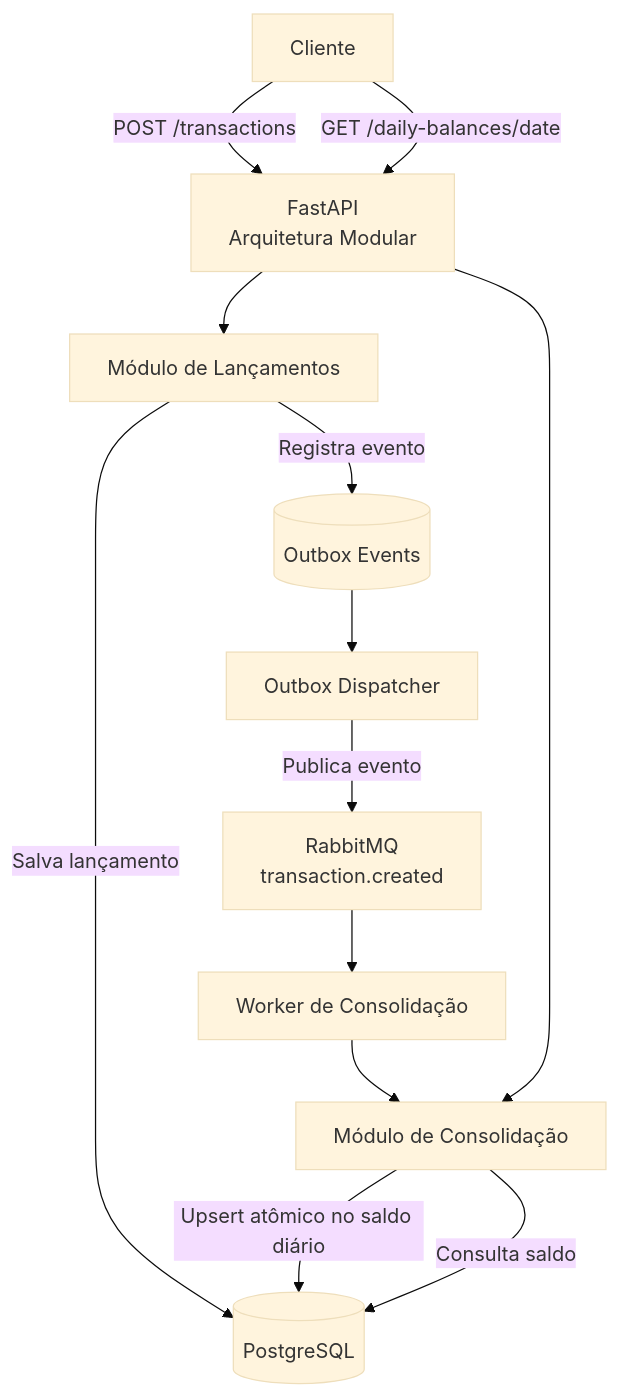
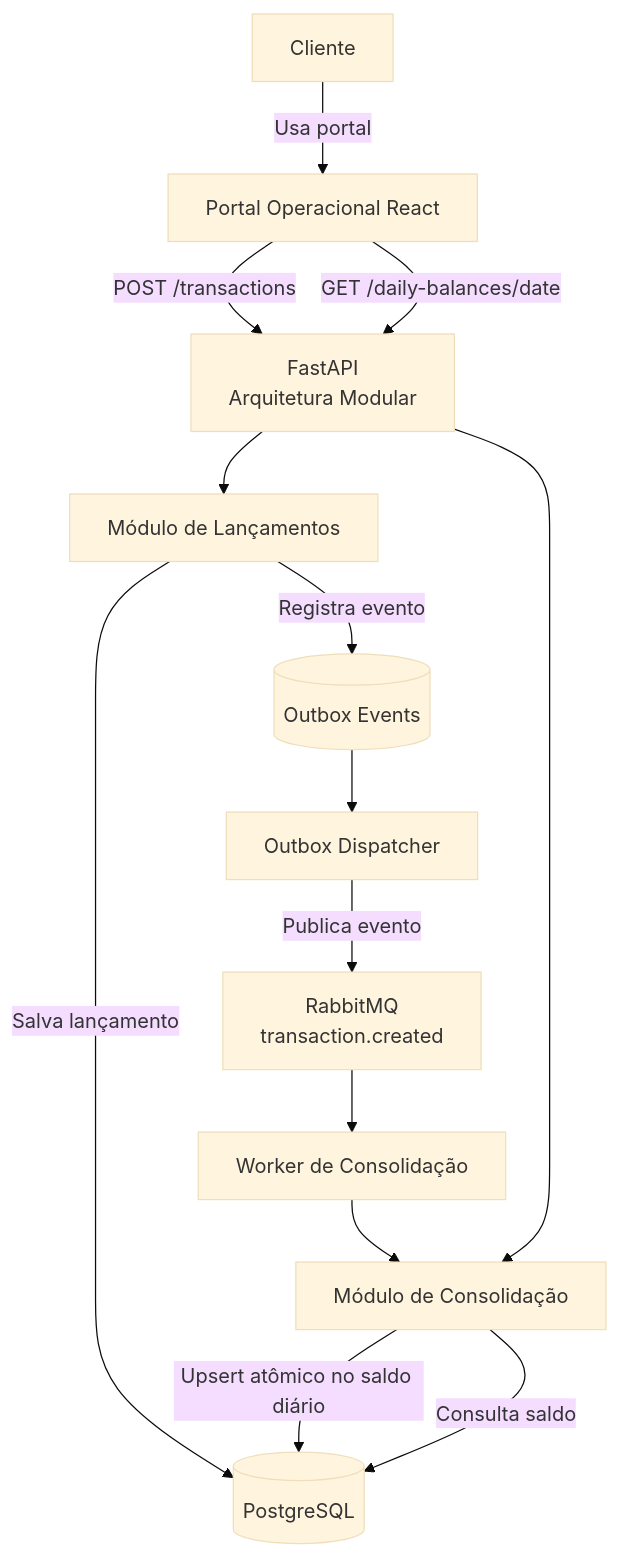
Before and after one commit to evosoftwares/cashflow-challenge-Gabriel: the diagram in README.md, drawn with Mermaid (base theme). The commit also changed other lines of this file and 30 other files, not shown here.

Commit message:
Add operational React frontend portal

````diff
--- a/README.md
+++ b/README.md
@@ -19,24 +19,26 @@
 ```mermaid
 flowchart TD
     CLIENT[Cliente]
+    UI[Portal Operacional React]
     API[FastAPI<br/>Arquitetura Modular]
     TX[Módulo de Lançamentos]
     OUTBOX[(Outbox Events)]
     DISPATCHER[Outbox Dispatcher]
     DB[(PostgreSQL)]
     MQ[RabbitMQ<br/>transaction.created]
     WORKER[Worker de Consolidação]
     BAL[Módulo de Consolidação]
-    CLIENT -->|POST /transactions| API
+    CLIENT -->|Usa portal| UI
+    UI -->|POST /transactions| API
     API --> TX
     TX -->|Salva lançamento| DB
     TX -->|Registra evento| OUTBOX
     OUTBOX --> DISPATCHER
     DISPATCHER -->|Publica evento| MQ
     MQ --> WORKER
     WORKER --> BAL
     BAL -->|Upsert atômico no saldo diário| DB
-    CLIENT -->|GET /daily-balances/date| API
+    UI -->|GET /daily-balances/date| API
     API --> BAL
     BAL -->|Consulta saldo| DB
 ```
````
